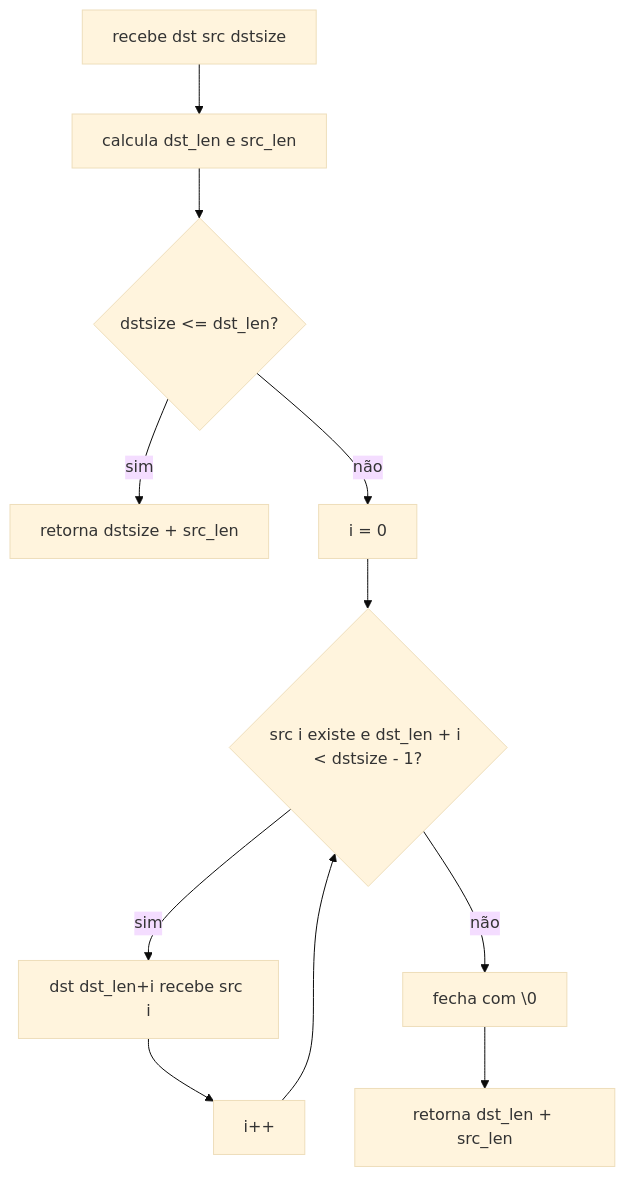
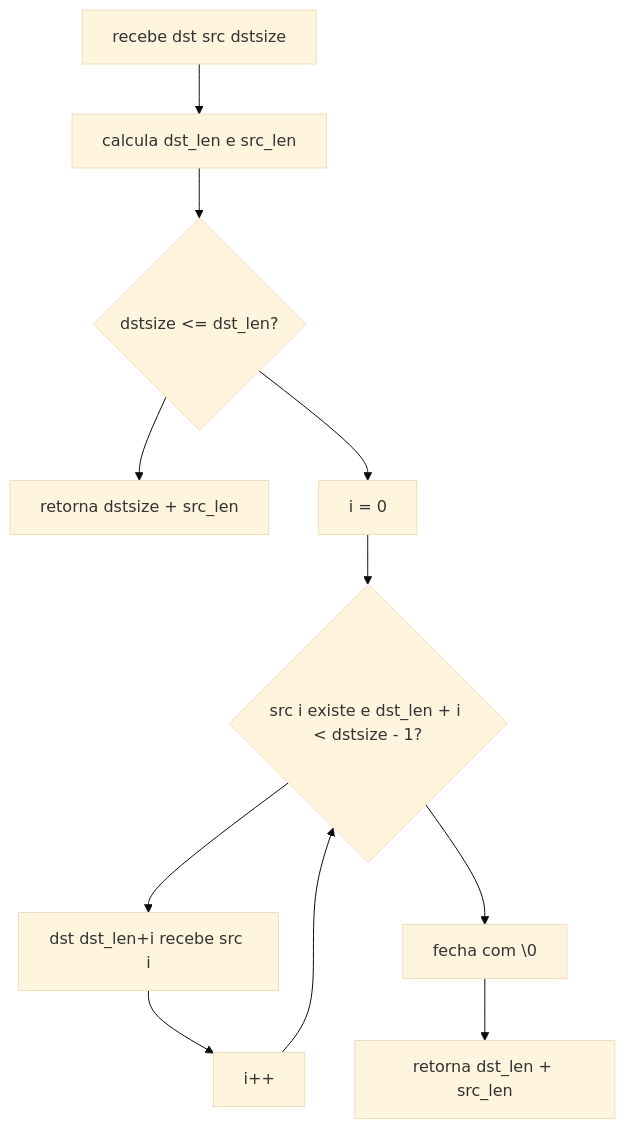
One commit to ahy-git/docs changed diagram 12 of 43 in 1-libft/Readme.md. Above: the diagram before and after it, drawn with Mermaid (base theme). The commit also changed other lines of this file, not shown here.

````diff
--- a/1-libft/Readme.md
+++ b/1-libft/Readme.md
@@ -1114,13 +1114,13 @@
 ```mermaid
 flowchart TD
 	A["recebe dst src dstsize"] --> B["calcula dst_len e src_len"]
 	B --> C{"dstsize <= dst_len?"}
-	C -- sim --> D["retorna dstsize + src_len"]
-	C -- não --> E["i = 0"]
+	C --> D["retorna dstsize + src_len"]
+	C --> E["i = 0"]
 	E --> F{"src i existe e dst_len + i < dstsize - 1?"}
-	F -- sim --> G["dst dst_len+i recebe src i"]
+	F --> G["dst dst_len+i recebe src i"]
 	G --> H["i++"]
 	H --> F
-	F -- não --> I["fecha com \0"]
+	F --> I["fecha com \0"]
 	I --> J["retorna dst_len + src_len"]
 ```
````
